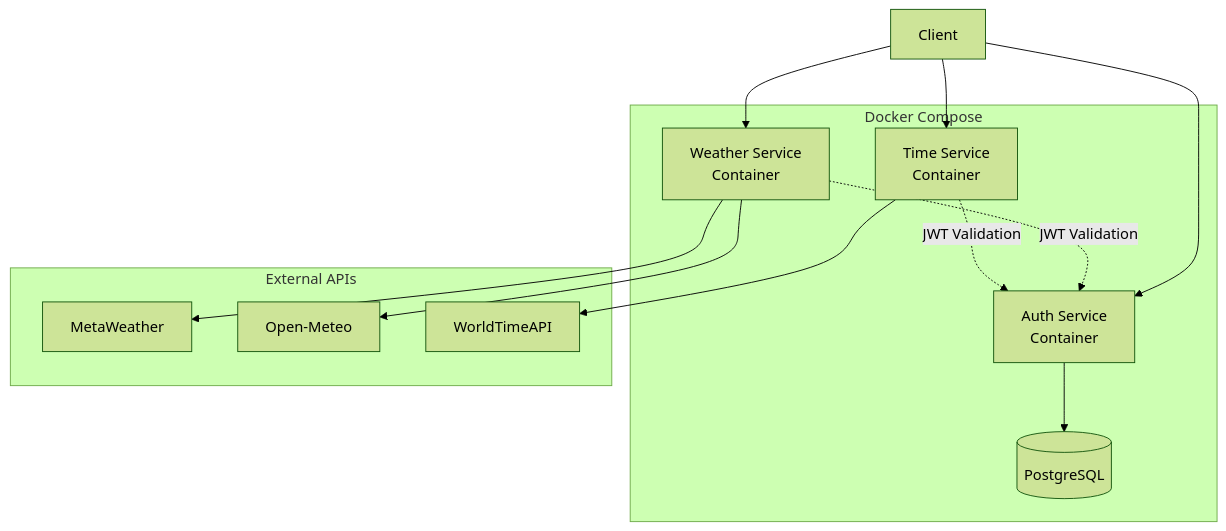
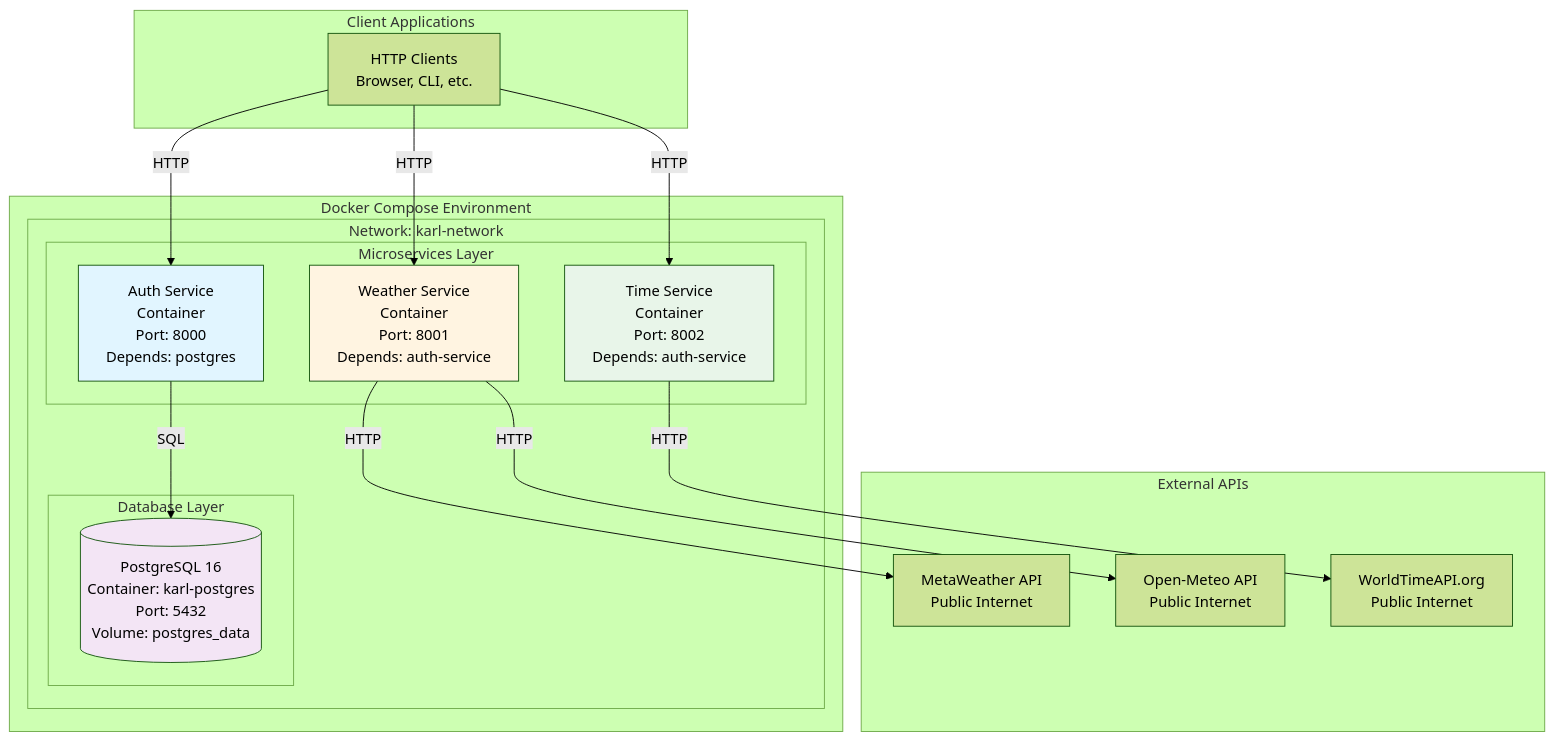
One commit to Nomad-Free-Talent/karl-systems-challenge changed the ninth of 9 diagrams in ARCHITECTURE.md. Above: the diagram before and after it, drawn with Mermaid (forest theme). The commit also changed other lines of this file and 1 other file, not shown here.

Commit message:
doc: update documentation for api and architecture

````diff
--- a/ARCHITECTURE.md
+++ b/ARCHITECTURE.md
@@ -182,27 +451,40 @@
 ```mermaid
 graph TB
-    subgraph "Docker Compose"
-        PG[(PostgreSQL)]
-        Auth[Auth Service<br/>Container]
-        Weather[Weather Service<br/>Container]
-        Time[Time Service<br/>Container]
+    subgraph "Docker Compose Environment"
+        subgraph "Network: karl-network"
+            subgraph "Database Layer"
+                PG[(PostgreSQL 16<br/>Container: karl-postgres<br/>Port: 5432<br/>Volume: postgres_data)]
+            end
+            
+            subgraph "Microservices Layer"
+                Auth[Auth Service<br/>Container<br/>Port: 8000<br/>Depends: postgres]
+                Weather[Weather Service<br/>Container<br/>Port: 8001<br/>Depends: auth-service]
+                Time[Time Service<br/>Container<br/>Port: 8002<br/>Depends: auth-service]
+            end
+        end
     end
     
     subgraph "External APIs"
-        MW[MetaWeather]
-        OM[Open-Meteo]
-        WTA[WorldTimeAPI]
+        MW[MetaWeather API<br/>Public Internet]
+        OM[Open-Meteo API<br/>Public Internet]
+        WTA[WorldTimeAPI.org<br/>Public Internet]
     end
     
-    Client[Client] --> Auth
-    Client --> Weather
-    Client --> Time
+    subgraph "Client Applications"
+        Client[HTTP Clients<br/>Browser, CLI, etc.]
+    end
     
-    Auth --> PG
-    Weather --> MW
-    Weather --> OM
-    Time --> WTA
+    Client -->|HTTP| Auth
+    Client -->|HTTP| Weather
+    Client -->|HTTP| Time
     
-    Weather -.->|JWT Validation| Auth
-    Time -.->|JWT Validation| Auth
+    Auth -->|SQL| PG
+    Weather -->|HTTP| MW
+    Weather -->|HTTP| OM
+    Time -->|HTTP| WTA
+    
+    style PG fill:#f3e5f5
+    style Auth fill:#e1f5ff
+    style Weather fill:#fff4e1
+    style Time fill:#e8f5e9
 ```
````
